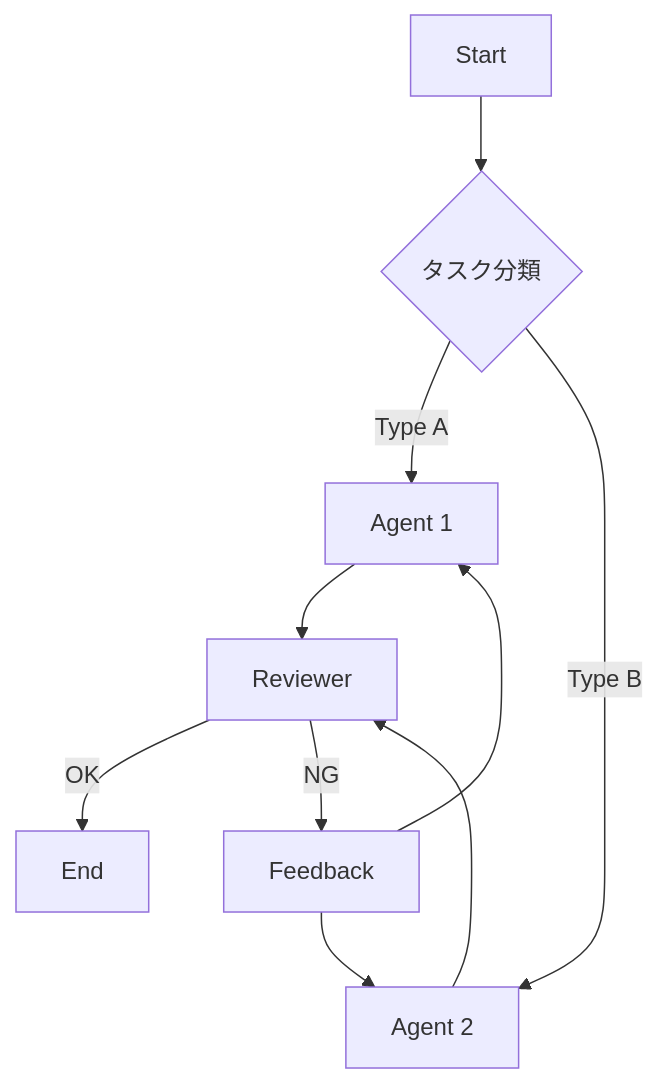
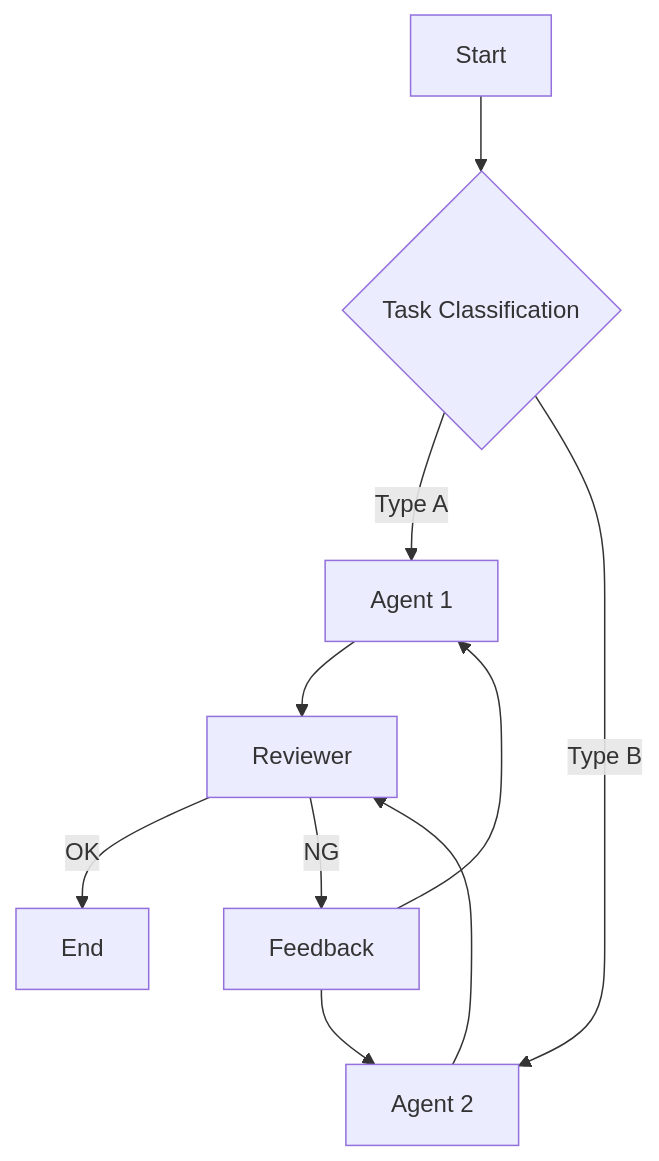
One commit to aktsmm/Agent-Skills changed the diagram in agentic-workflow-guide/SKILL.md. Above: the diagram before and after it, drawn with Mermaid. The commit also changed other lines of this file and 5 other files, not shown here.

````diff
--- a/agentic-workflow-guide/SKILL.md
+++ b/agentic-workflow-guide/SKILL.md
@@ -98,12 +99,12 @@
 ```mermaid
 graph TD
-    A[Start] --> B{タスク分類}
+    A[Start] --> B{Task Classification}
     B -->|Type A| C[Agent 1]
     B -->|Type B| D[Agent 2]
     C --> E[Reviewer]
     D --> E
     E -->|OK| F[End]
     E -->|NG| G[Feedback]
     G --> C
     G --> D
 ```
````
